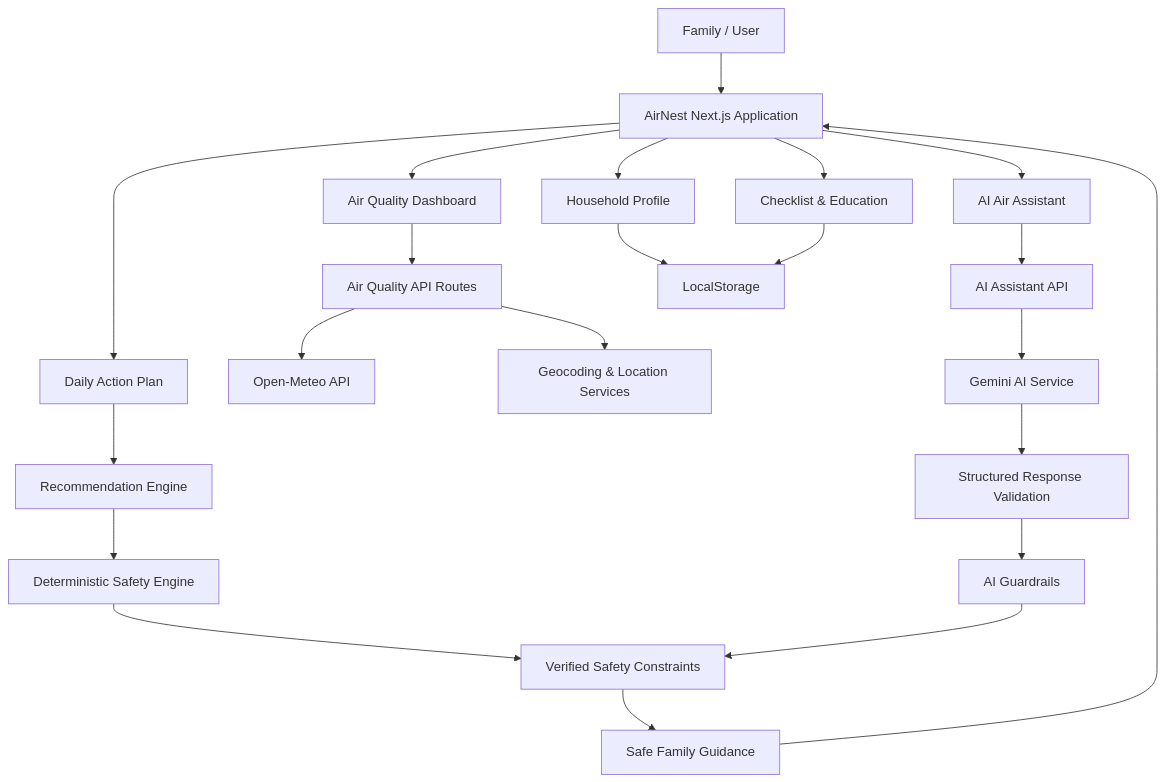
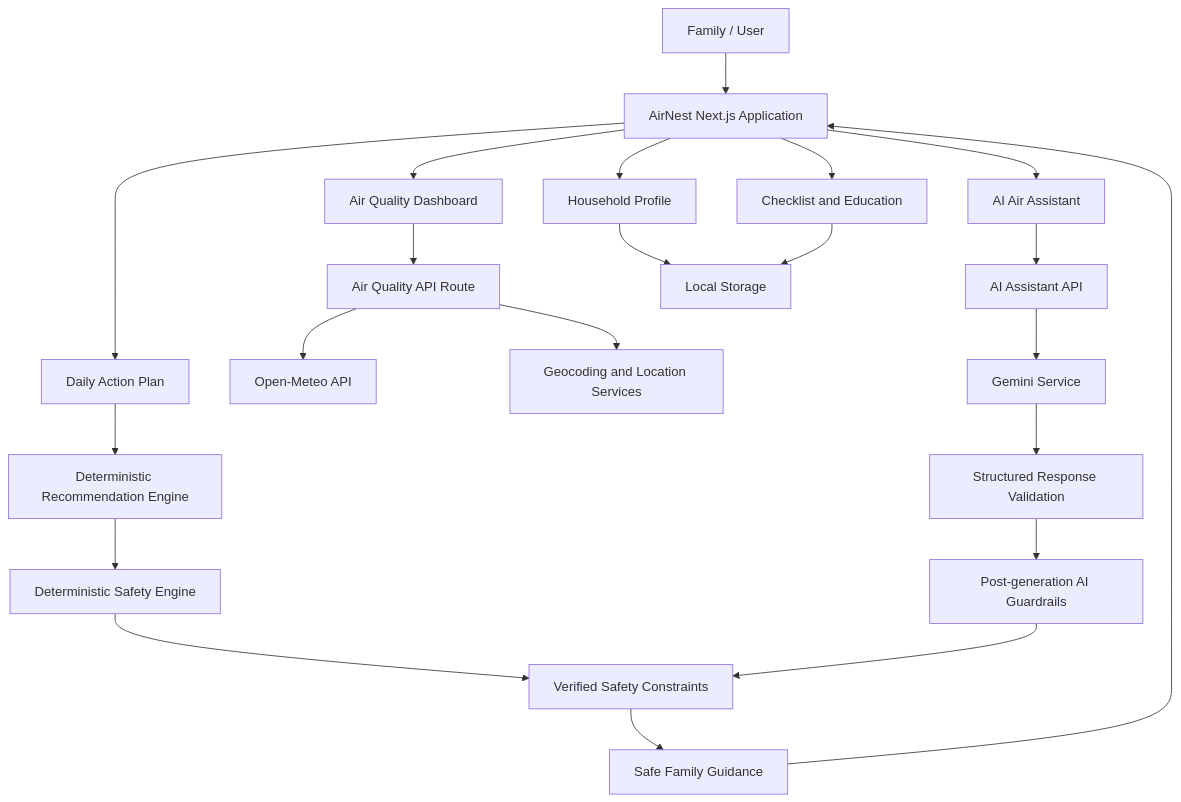
One commit to bhargavaalapati/H2SPWC6Urban-Air-Quality-Assistant-problem changed the first of 3 diagrams in README.md. Above: the diagram before and after it, drawn with Mermaid. The commit also changed other lines of this file and 51 other files, not shown here.

````diff
--- a/README.md
+++ b/README.md
@@ -72,31 +128,30 @@
 ```mermaid
 flowchart TD
     A[Family / User] --> B[AirNest Next.js Application]
 
     B --> C[Air Quality Dashboard]
     B --> D[Household Profile]
     B --> E[Daily Action Plan]
     B --> F[AI Air Assistant]
-    B --> G[Checklist & Education]
+    B --> G[Checklist and Education]
 
-    C --> H[Air Quality API Routes]
-    E --> I[Recommendation Engine]
+    C --> H[Air Quality API Route]
+    E --> I[Deterministic Recommendation Engine]
     F --> J[AI Assistant API]
 
     H --> K[Open-Meteo API]
-    H --> L[Geocoding & Location Services]
+    H --> L[Geocoding and Location Services]
 
     I --> M[Deterministic Safety Engine]
-    J --> N[Gemini AI Service]
+    J --> N[Gemini Service]
     N --> O[Structured Response Validation]
-    O --> P[AI Guardrails]
+    O --> P[Post-generation AI Guardrails]
 
     M --> Q[Verified Safety Constraints]
     P --> Q
-
     Q --> R[Safe Family Guidance]
     R --> B
 
-    D --> S[LocalStorage]
+    D --> S[Local Storage]
     G --> S
 ```
````
